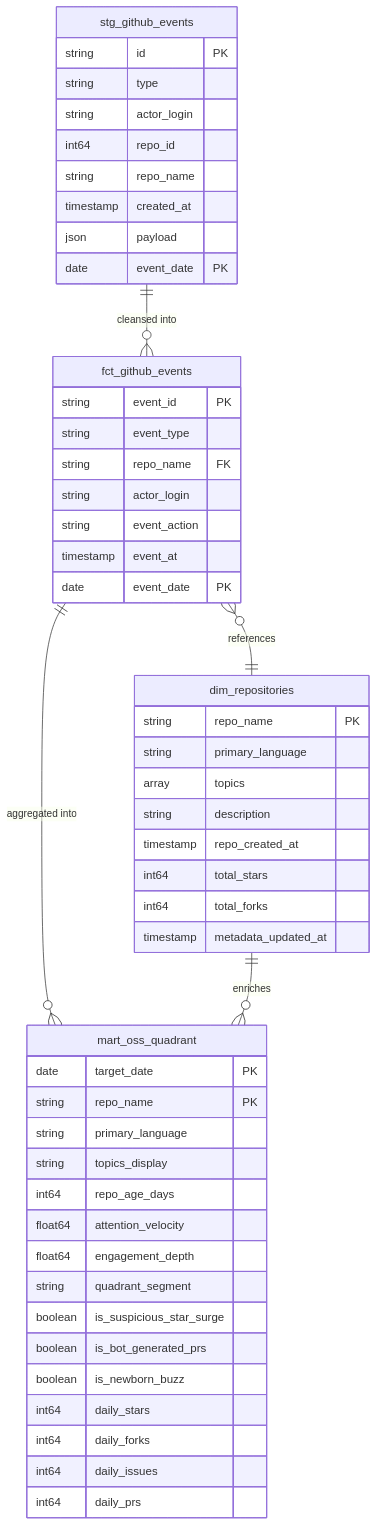
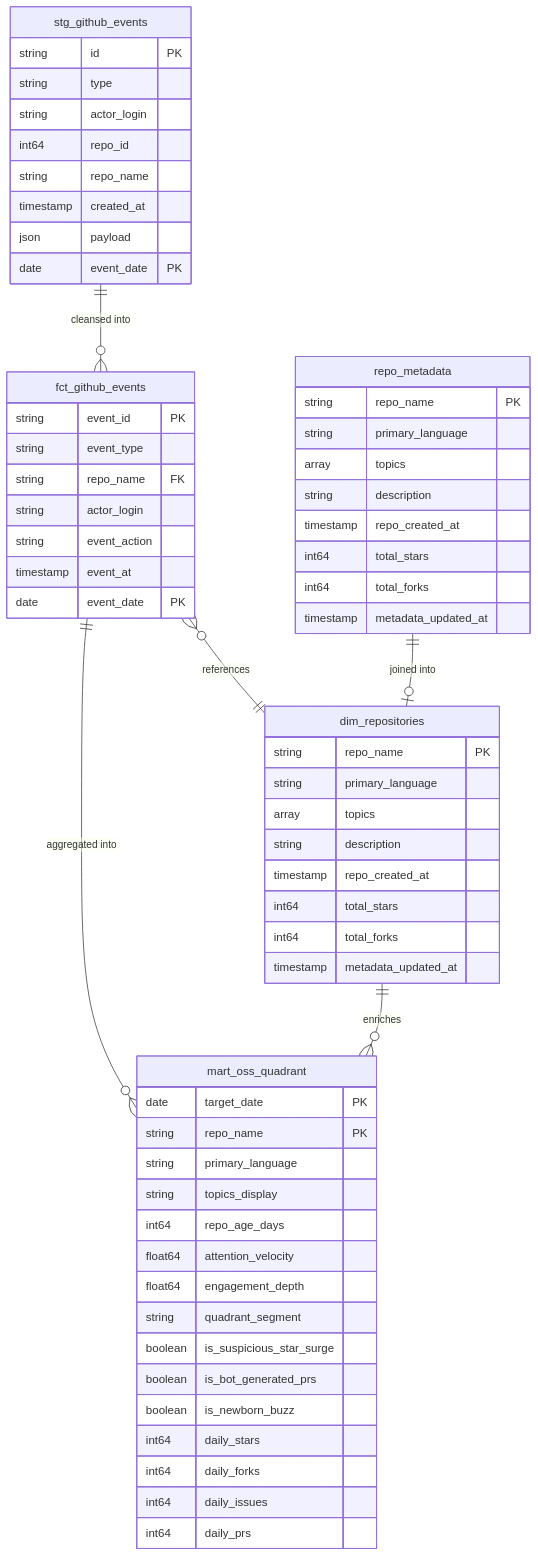
Before and after one commit to xzyozi/gh-archive-lakehouse: the diagram in docs/design/DS-001_データ構造仕様書.md, drawn with Mermaid. The commit also changed other lines of this file and 2 other files, not shown here.

````diff
--- a/docs/design/DS-001_データ構造仕様書.md
+++ b/docs/design/DS-001_データ構造仕様書.md
@@ -63,57 +65,69 @@
 ```mermaid
 erDiagram
     stg_github_events {
         string id PK
         string type
         string actor_login
         int64 repo_id
         string repo_name
         timestamp created_at
         json payload
         date event_date PK
     }
 
     fct_github_events {
         string event_id PK
         string event_type
         string repo_name FK
         string actor_login
         string event_action
         timestamp event_at
         date event_date PK
+    }
+
+    repo_metadata {
+        string repo_name PK
+        string primary_language
+        array topics
+        string description
+        timestamp repo_created_at
+        int64 total_stars
+        int64 total_forks
+        timestamp metadata_updated_at
     }
 
     dim_repositories {
         string repo_name PK
         string primary_language
         array topics
         string description
         timestamp repo_created_at
         int64 total_stars
         int64 total_forks
         timestamp metadata_updated_at
     }
 
     mart_oss_quadrant {
         date target_date PK
         string repo_name PK
         string primary_language
         string topics_display
         int64 repo_age_days
         float64 attention_velocity
         float64 engagement_depth
         string quadrant_segment
         boolean is_suspicious_star_surge
         boolean is_bot_generated_prs
         boolean is_newborn_buzz
         int64 daily_stars
         int64 daily_forks
         int64 daily_issues
         int64 daily_prs
     }
 
     stg_github_events ||--o{ fct_github_events : "cleansed into"
     fct_github_events }o--|| dim_repositories : "references"
+    repo_metadata ||--o| dim_repositories : "joined into"
     fct_github_events ||--o{ mart_oss_quadrant : "aggregated into"
     dim_repositories ||--o{ mart_oss_quadrant : "enriches"
 ```
````
